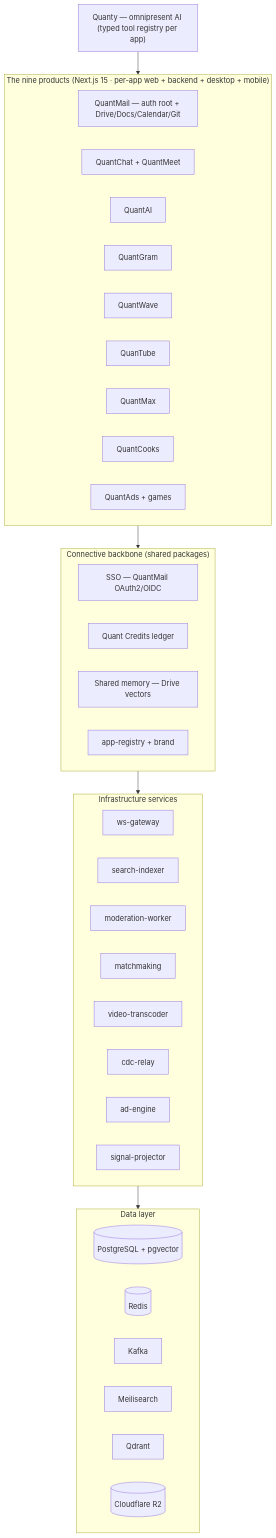
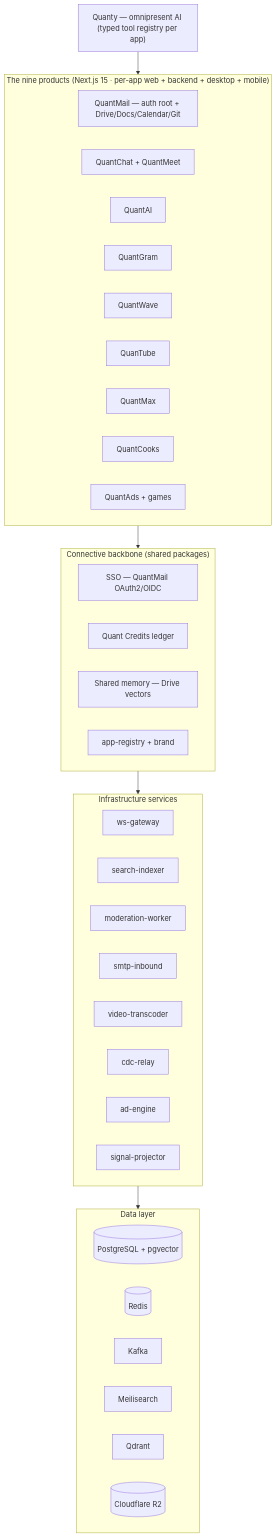
The diagram in README.md (quantrinitylab/Quant-Ecosystem), drawn with Mermaid before and after one commit. The commit also changed other lines of this file and 5 other files, not shown here.

````diff
--- a/README.md
+++ b/README.md
@@ -50,51 +50,51 @@
 ```mermaid
 graph TD
     Quanty["Quanty — omnipresent AI (typed tool registry per app)"]
 
     subgraph Apps["The nine products (Next.js 15 · per-app web + backend + desktop + mobile)"]
         direction LR
         QM[QuantMail — auth root + Drive/Docs/Calendar/Git]
         QC[QuantChat + QuantMeet]
         QAI[QuantAI]
         QG[QuantGram]
         QW[QuantWave]
         QT[QuanTube]
         QMX[QuantMax]
         QCK[QuantCooks]
         QAD[QuantAds + games]
     end
 
     subgraph Backbone["Connective backbone (shared packages)"]
         direction LR
         SSO[SSO — QuantMail OAuth2/OIDC]
         CR[Quant Credits ledger]
         MEM[Shared memory — Drive vectors]
         REG[app-registry + brand]
     end
 
     subgraph Services["Infrastructure services"]
         direction LR
         WS[ws-gateway]
         SI[search-indexer]
         MOD[moderation-worker]
-        MM[matchmaking]
+        SMTP[smtp-inbound]
         VT[video-transcoder]
         CDC[cdc-relay]
         AE[ad-engine]
         SP[signal-projector]
     end
 
     subgraph Data["Data layer"]
         PG[(PostgreSQL + pgvector)]
         Redis[(Redis)]
         Kafka[Kafka]
         Meili[Meilisearch]
         Qdrant[Qdrant]
         R2[(Cloudflare R2)]
     end
 
     Quanty --> Apps
     Apps --> Backbone
     Backbone --> Services
     Services --> Data
 ```
````
